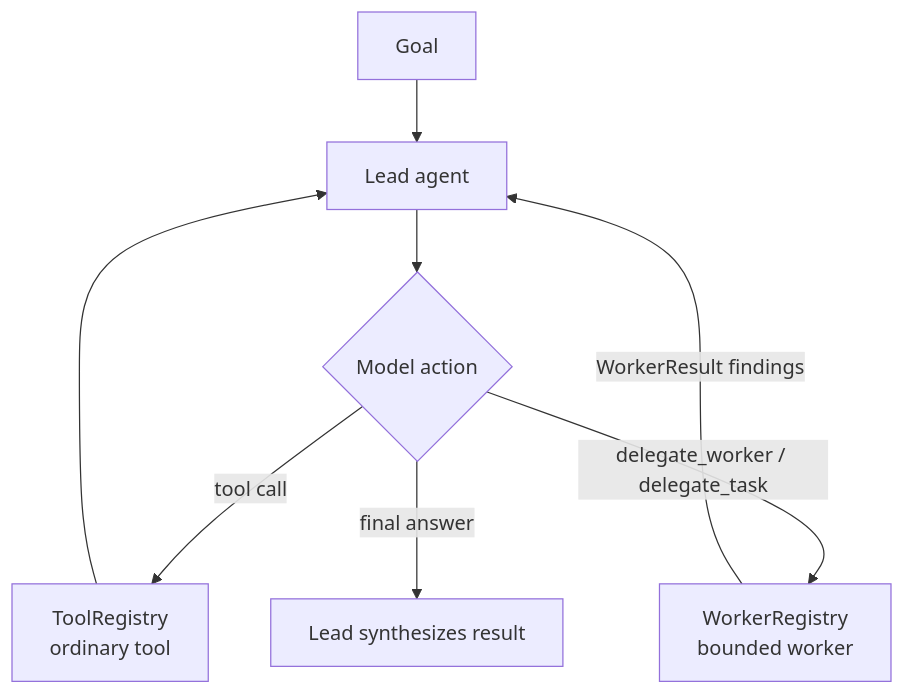
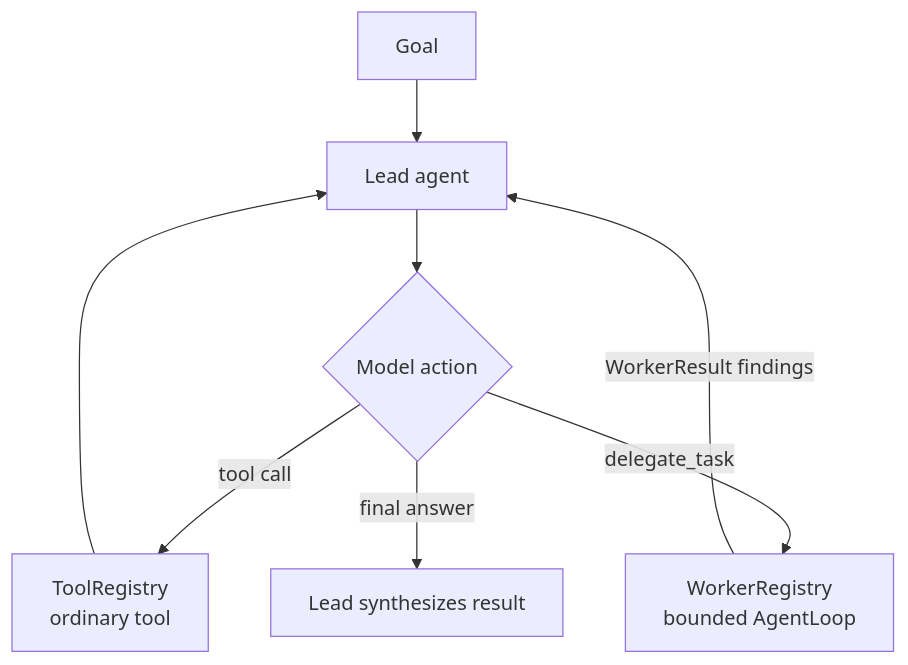
Before and after one commit to michaelzoub/research-agent: the diagram in README.md, drawn with Mermaid. The commit also changed other lines of this file and 18 other files, not shown here.

````diff
--- a/README.md
+++ b/README.md
@@ -28,10 +28,10 @@
 ```mermaid
 flowchart TD
     goal["Goal"] --> lead["Lead agent"]
     lead --> decision{"Model action"}
     decision -->|tool call| tool["ToolRegistry\nordinary tool"]
     tool --> lead
-    decision -->|delegate_worker / delegate_task| worker["WorkerRegistry\nbounded worker"]
+    decision -->|delegate_task| worker["WorkerRegistry\nbounded AgentLoop"]
     worker -->|WorkerResult findings| lead
     decision -->|final answer| done["Lead synthesizes result"]
 ```
````
